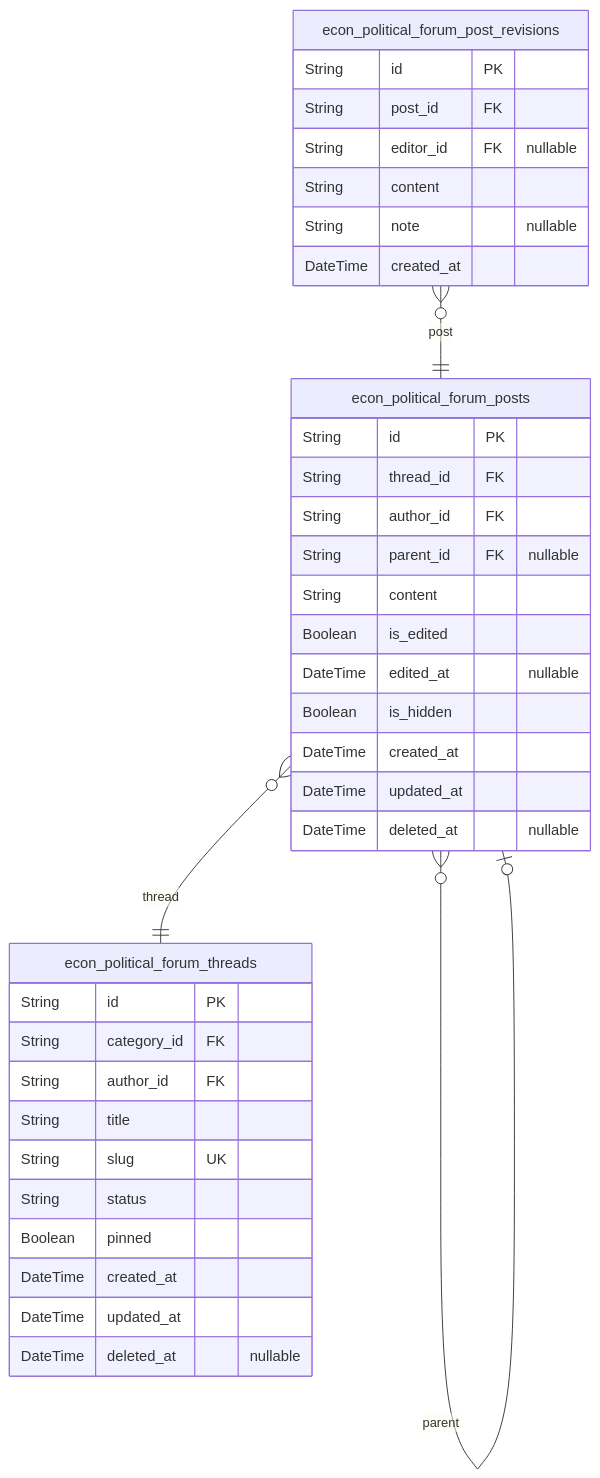
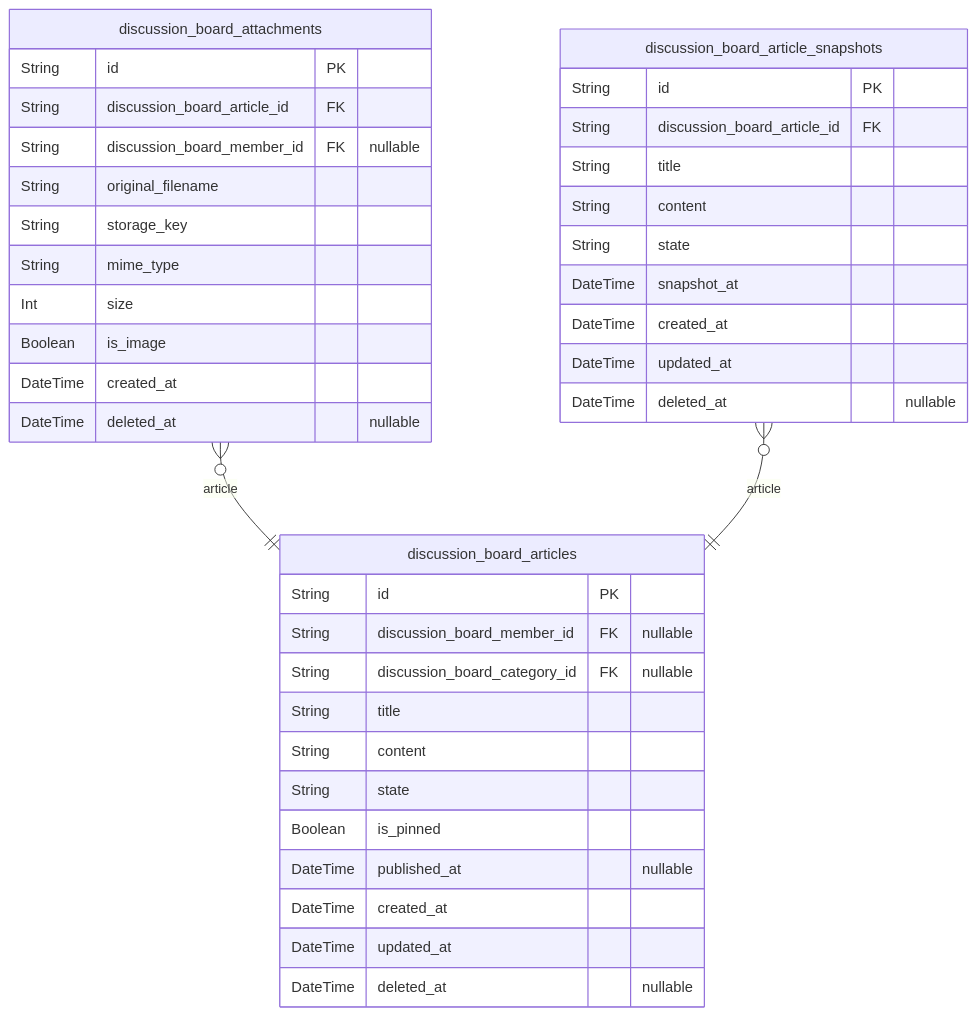
The third of 7 diagrams in openai/gpt-5-mini/bbs/docs/ERD.md (wrtnlabs/autobe-examples), drawn with Mermaid before and after one commit. The commit also changed other lines of this file and 16146 other files, not shown here.

````diff
--- a/openai/gpt-5-mini/bbs/docs/ERD.md
+++ b/openai/gpt-5-mini/bbs/docs/ERD.md
@@ -367,39 +366,41 @@
 ```mermaid
 erDiagram
-"econ_political_forum_threads" {
+"discussion_board_articles" {
   String id PK
-  String category_id FK
-  String author_id FK
+  String discussion_board_member_id FK "nullable"
+  String discussion_board_category_id FK "nullable"
   String title
-  String slug UK
-  String status
-  Boolean pinned
+  String content
+  String state
+  Boolean is_pinned
+  DateTime published_at "nullable"
   DateTime created_at
   DateTime updated_at
   DateTime deleted_at "nullable"
 }
-"econ_political_forum_posts" {
+"discussion_board_attachments" {
   String id PK
-  String thread_id FK
-  String author_id FK
-  String parent_id FK "nullable"
+  String discussion_board_article_id FK
+  String discussion_board_member_id FK "nullable"
+  String original_filename
+  String storage_key
+  String mime_type
+  Int size
+  Boolean is_image
+  DateTime created_at
+  DateTime deleted_at "nullable"
+}
+"discussion_board_article_snapshots" {
+  String id PK
+  String discussion_board_article_id FK
+  String title
   String content
-  Boolean is_edited
-  DateTime edited_at "nullable"
-  Boolean is_hidden
+  String state
+  DateTime snapshot_at
   DateTime created_at
   DateTime updated_at
   DateTime deleted_at "nullable"
 }
-"econ_political_forum_post_revisions" {
-  String id PK
-  String post_id FK
-  String editor_id FK "nullable"
-  String content
-  String note "nullable"
-  DateTime created_at
-}
-"econ_political_forum_posts" }o--|| "econ_political_forum_threads" : thread
-"econ_political_forum_posts" }o--o| "econ_political_forum_posts" : parent
-"econ_political_forum_post_revisions" }o--|| "econ_political_forum_posts" : post
+"discussion_board_attachments" }o--|| "discussion_board_articles" : article
+"discussion_board_article_snapshots" }o--|| "discussion_board_articles" : article
 ```
````
